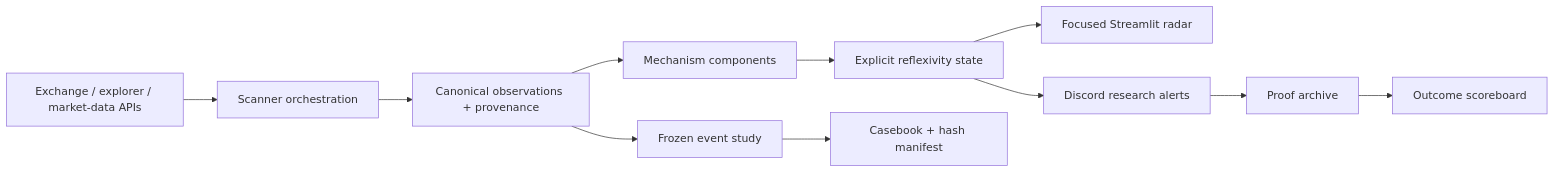
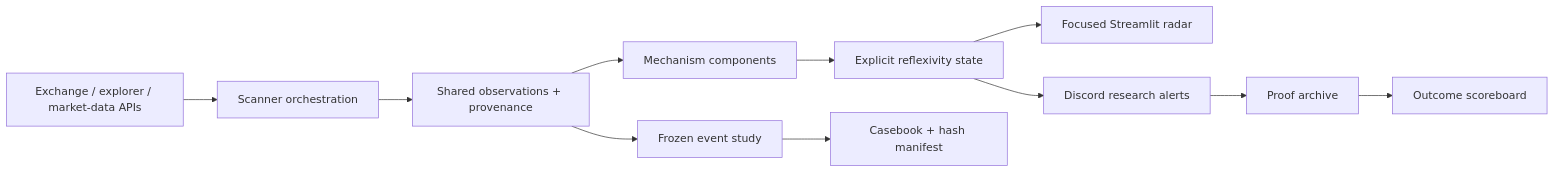
The diagram in docs/architecture.md (gobrienHFT/crypto_market_structure_scanner), drawn with Mermaid before and after one commit. The commit also changed other lines of this file and 8 other files, not shown here.

````diff
--- a/docs/architecture.md
+++ b/docs/architecture.md
@@ -16,13 +16,13 @@
 ```mermaid
 flowchart LR
     A["Exchange / explorer / market-data APIs"] --> B["Scanner orchestration"]
-    B --> C["Canonical observations + provenance"]
+    B --> C["Shared observations + provenance"]
     C --> D["Mechanism components"]
     D --> E["Explicit reflexivity state"]
     E --> F["Focused Streamlit radar"]
     E --> G["Discord research alerts"]
     C --> H["Frozen event study"]
     H --> I["Casebook + hash manifest"]
     G --> J["Proof archive"]
     J --> K["Outcome scoreboard"]
 ```
````
